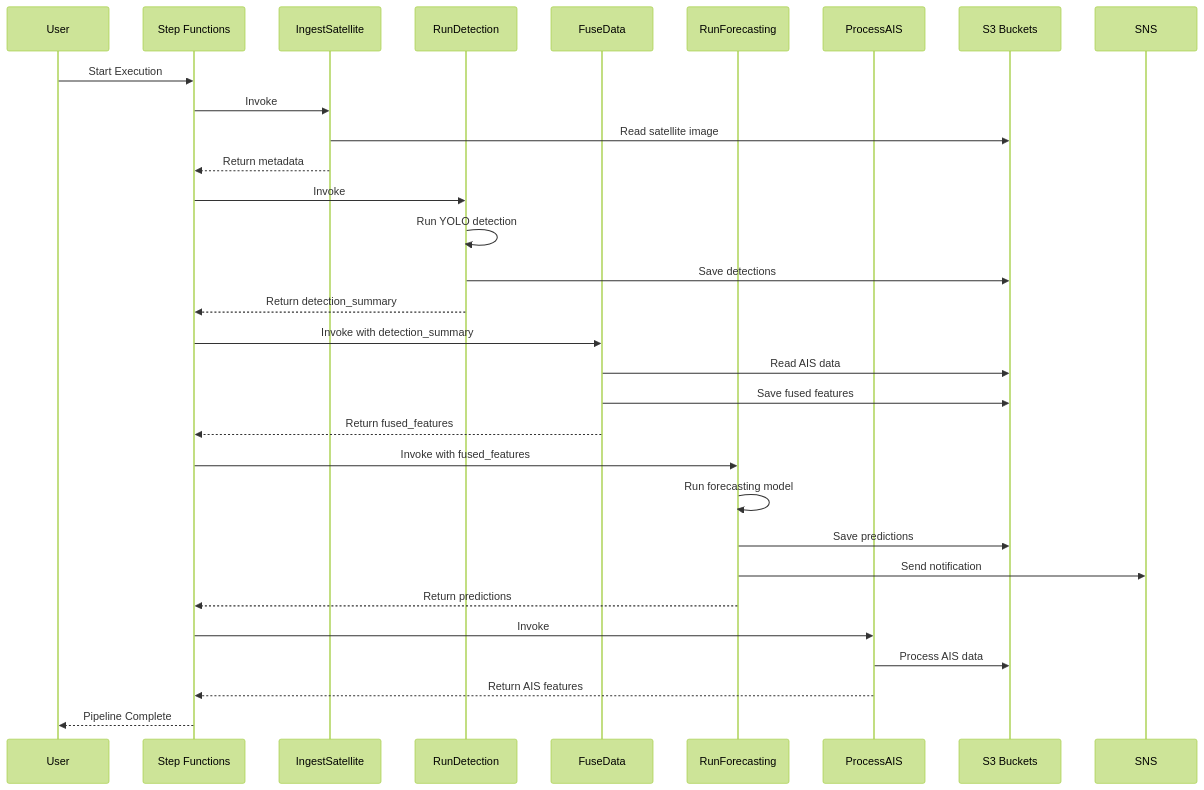
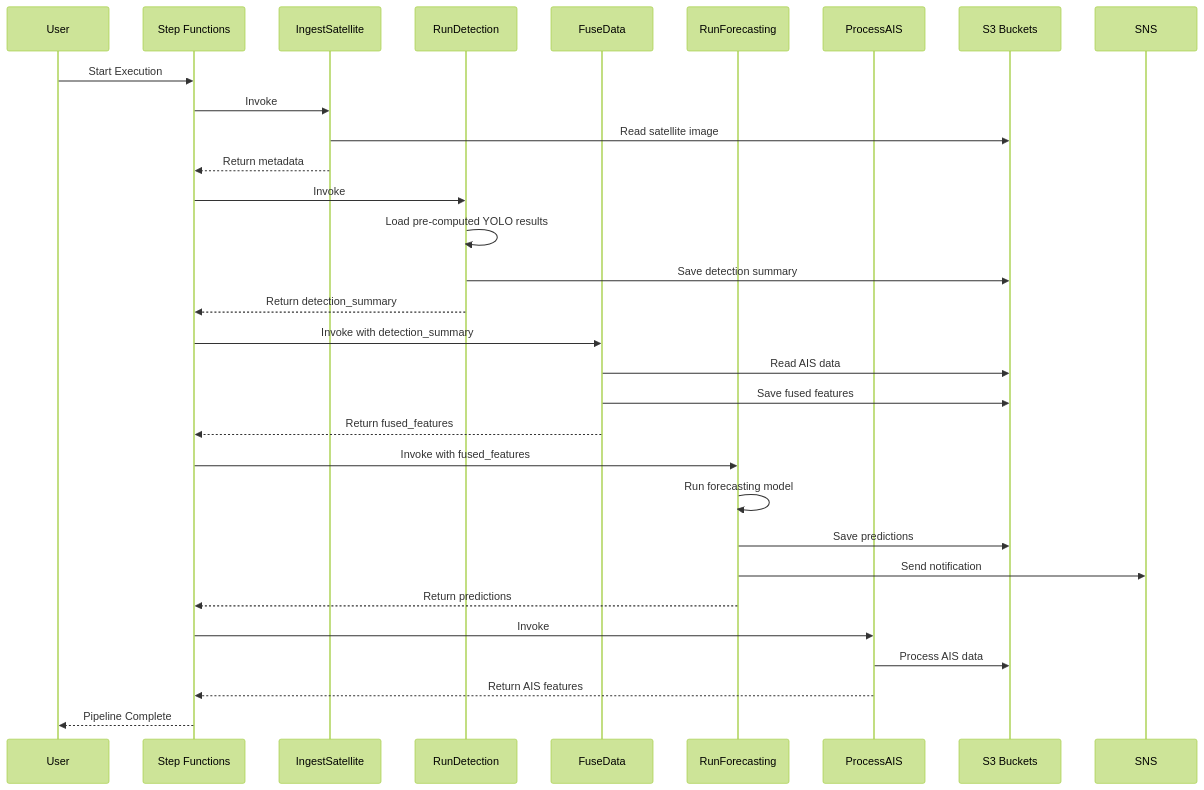
One commit to amansahu205/Real-Time-Economic-Forecasting changed the third of 5 diagrams in docs/architecture_diagram.md. Above: the diagram before and after it, drawn with Mermaid (forest theme).

Commit message:
Update architecture - detection uses pre-computed results

````diff
--- a/docs/architecture_diagram.md
+++ b/docs/architecture_diagram.md
@@ -73,39 +73,39 @@
 ```mermaid
 sequenceDiagram
     participant User
     participant SF as Step Functions
     participant L1 as IngestSatellite
     participant L2 as RunDetection
     participant L3 as FuseData
     participant L4 as RunForecasting
     participant L5 as ProcessAIS
     participant S3 as S3 Buckets
     participant SNS as SNS
 
     User->>SF: Start Execution
     SF->>L1: Invoke
     L1->>S3: Read satellite image
     L1-->>SF: Return metadata
 
     SF->>L2: Invoke
-    L2->>L2: Run YOLO detection
-    L2->>S3: Save detections
+    L2->>L2: Load pre-computed YOLO results
+    L2->>S3: Save detection summary
     L2-->>SF: Return detection_summary
 
     SF->>L3: Invoke with detection_summary
     L3->>S3: Read AIS data
     L3->>S3: Save fused features
     L3-->>SF: Return fused_features
 
     SF->>L4: Invoke with fused_features
     L4->>L4: Run forecasting model
     L4->>S3: Save predictions
     L4->>SNS: Send notification
     L4-->>SF: Return predictions
 
     SF->>L5: Invoke
     L5->>S3: Process AIS data
     L5-->>SF: Return AIS features
 
     SF-->>User: Pipeline Complete
 ```
````
